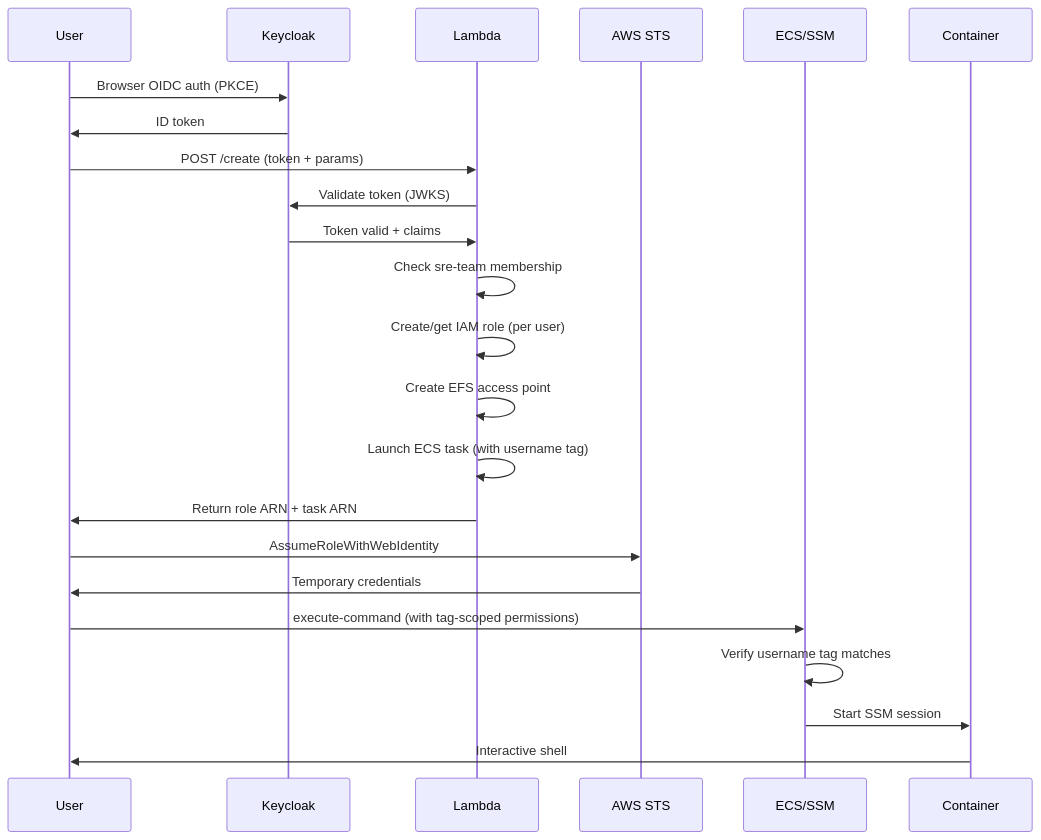
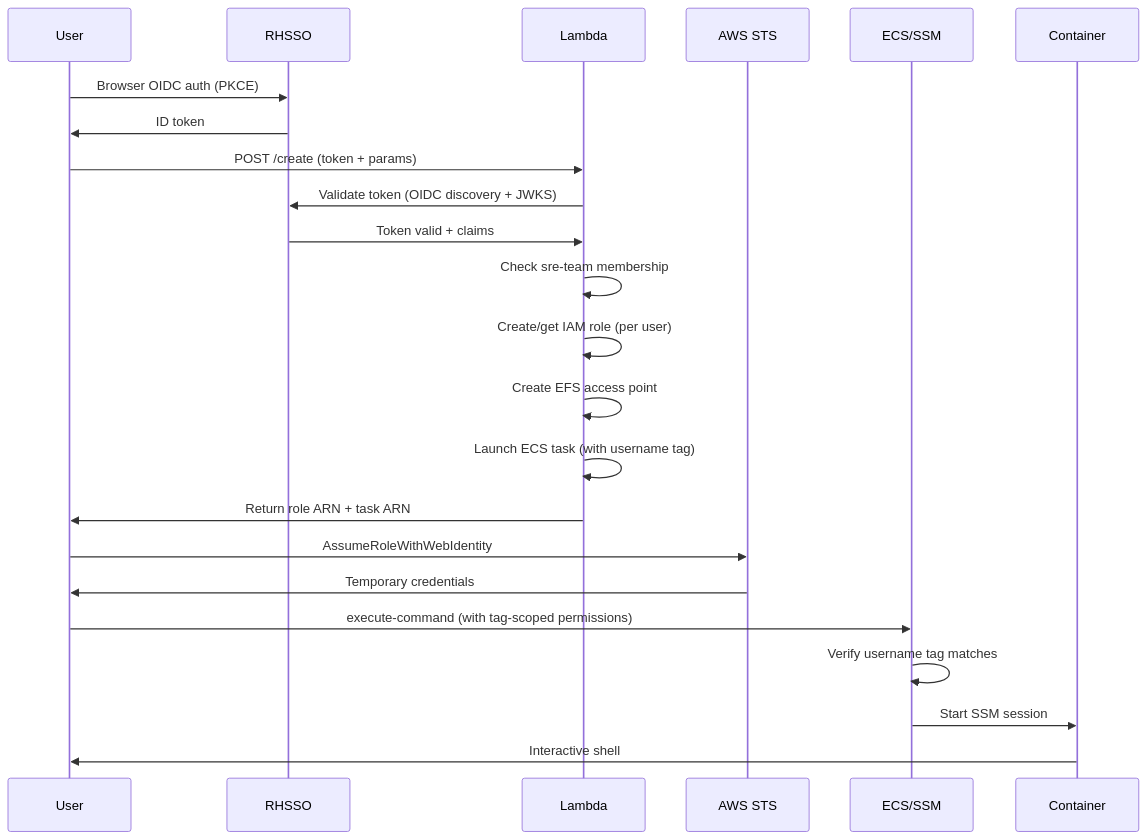
The second of 2 diagrams in docs/runbooks/investigation-workflow.md (openshift-online/rosa-boundary), drawn with Mermaid before and after one commit. The commit also changed other lines of this file and 39 other files, not shown here.

First line of the commit message:
refactor: replace Keycloak with Red Hat SSO (RHSSO) throughout

````diff
--- a/docs/runbooks/investigation-workflow.md
+++ b/docs/runbooks/investigation-workflow.md
@@ -172,26 +172,26 @@
 ```mermaid
 sequenceDiagram
     participant U as User
-    participant KC as Keycloak
+    participant KC as RHSSO
     participant L as Lambda
     participant STS as AWS STS
     participant ECS as ECS/SSM
     participant C as Container
 
     U->>KC: Browser OIDC auth (PKCE)
     KC->>U: ID token
     U->>L: POST /create (token + params)
-    L->>KC: Validate token (JWKS)
+    L->>KC: Validate token (OIDC discovery + JWKS)
     KC->>L: Token valid + claims
     L->>L: Check sre-team membership
     L->>L: Create/get IAM role (per user)
     L->>L: Create EFS access point
     L->>L: Launch ECS task (with username tag)
     L->>U: Return role ARN + task ARN
     U->>STS: AssumeRoleWithWebIdentity
     STS->>U: Temporary credentials
     U->>ECS: execute-command (with tag-scoped permissions)
     ECS->>ECS: Verify username tag matches
     ECS->>C: Start SSM session
     C->>U: Interactive shell
 ```
````
